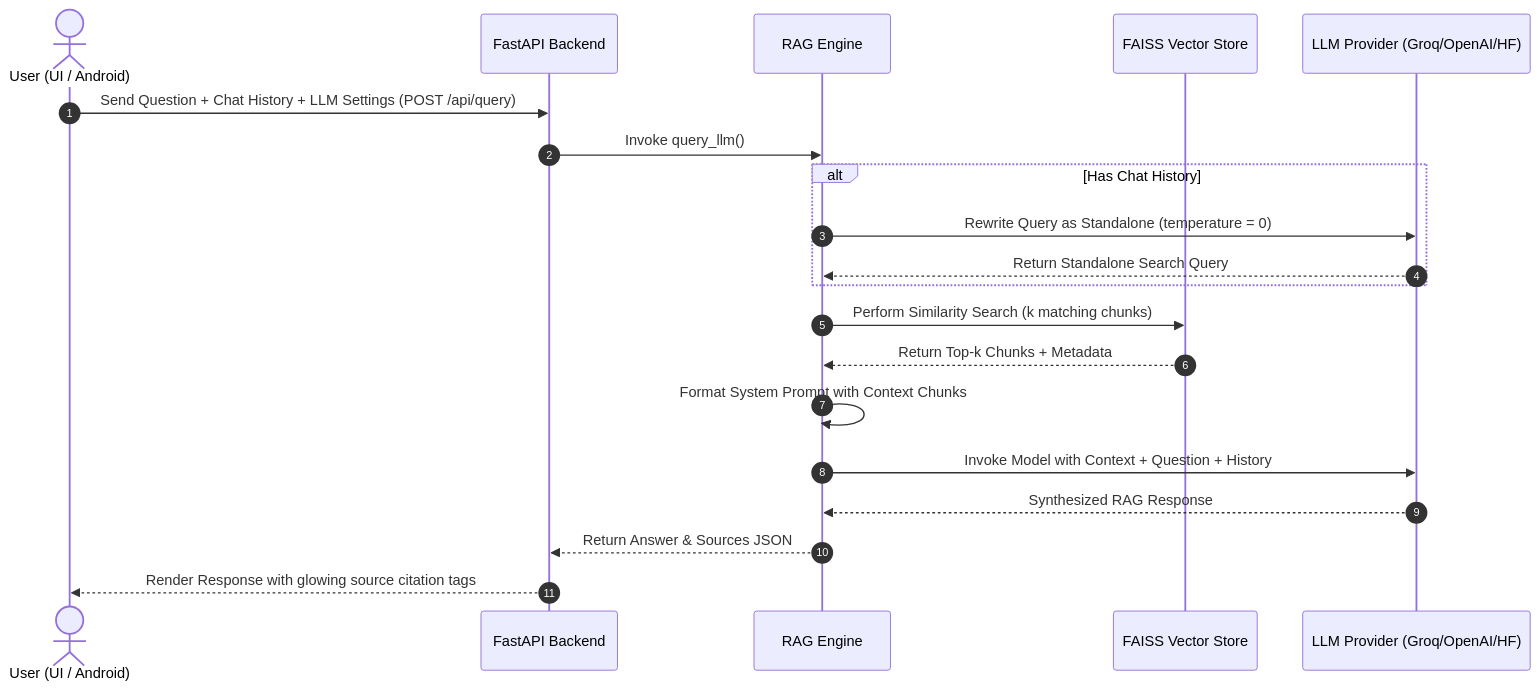
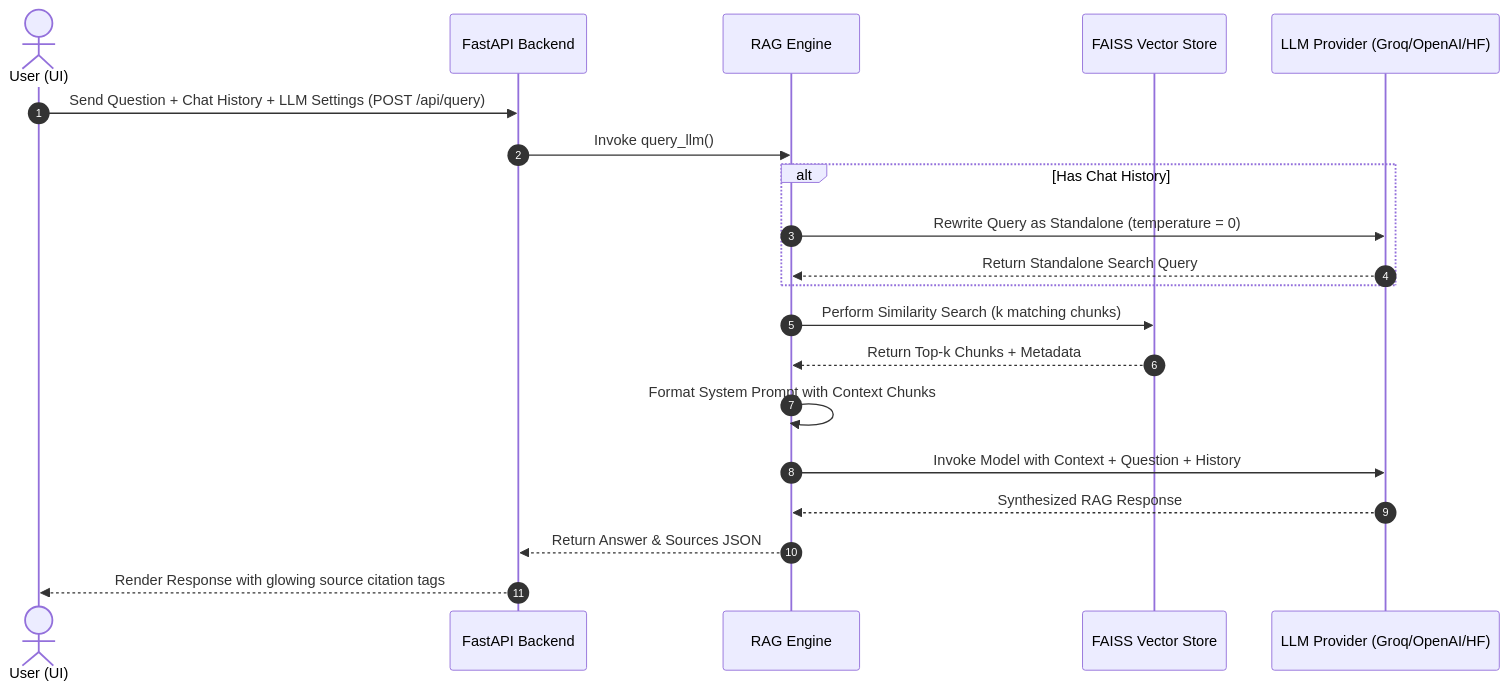
The second of 2 diagrams in README.md (udityamerit/NeuroLens-Knowledge-Retrieval-Engine), drawn with Mermaid before and after one commit. The commit also changed other lines of this file and 62 other files, not shown here.

````diff
--- a/README.md
+++ b/README.md
@@ -146,23 +87,23 @@
 ```mermaid
 sequenceDiagram
     autonumber
-    actor User as User (UI / Android)
+    actor User as User (UI)
     participant API as FastAPI Backend
     participant RAG as RAG Engine
     participant VS as FAISS Vector Store
     participant LLM as LLM Provider (Groq/OpenAI/HF)
 
     User->>API: Send Question + Chat History + LLM Settings (POST /api/query)
     API->>RAG: Invoke query_llm()
     alt Has Chat History
         RAG->>LLM: Rewrite Query as Standalone (temperature = 0)
         LLM-->>RAG: Return Standalone Search Query
     end
     RAG->>VS: Perform Similarity Search (k matching chunks)
     VS-->>RAG: Return Top-k Chunks + Metadata
     RAG->>RAG: Format System Prompt with Context Chunks
     RAG->>LLM: Invoke Model with Context + Question + History
     LLM-->>RAG: Synthesized RAG Response
     RAG-->>API: Return Answer & Sources JSON
     API-->>User: Render Response with glowing source citation tags
 ```
````
